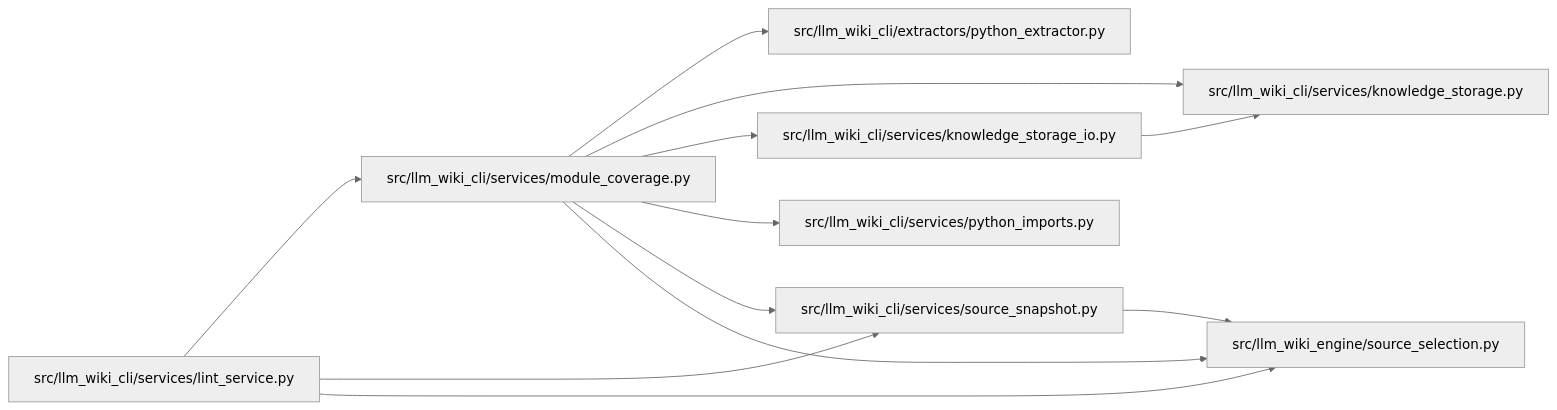
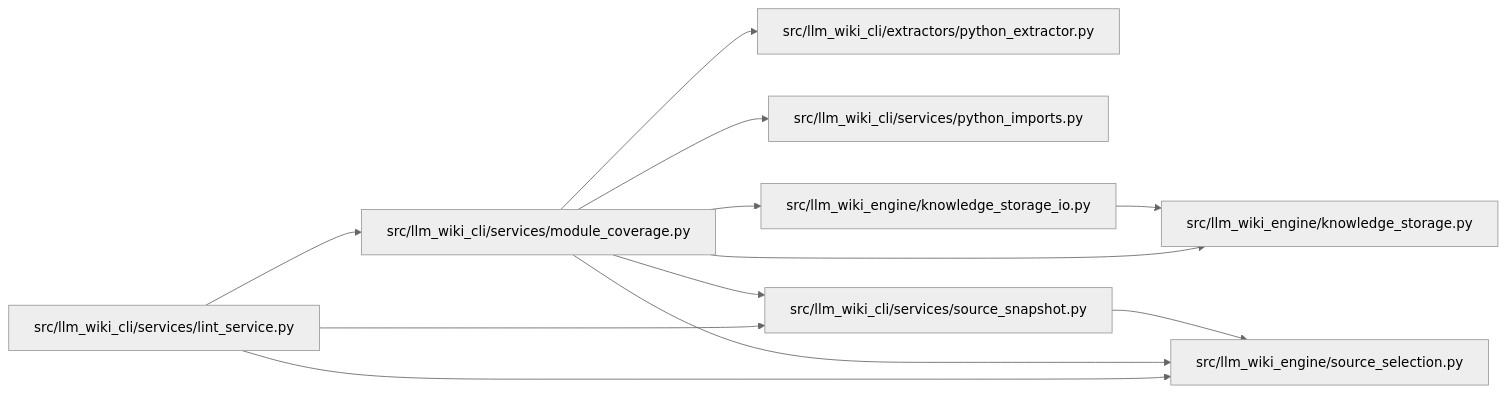
One commit to Denissvgn/python-wiki-llm changed the diagram in docs/llm_wiki/modules/module_coverage.md. Above: the diagram before and after it, drawn with Mermaid (neutral theme). The commit also changed other lines of this file and 1058 other files, not shown here.

First line of the commit message:
docs: refresh the wiki for the knowledge store move

````diff
--- a/docs/llm_wiki/modules/module_coverage.md
+++ b/docs/llm_wiki/modules/module_coverage.md
@@ -31,30 +31,30 @@
 ```mermaid
 flowchart LR
     n0["src/llm_wiki_cli/extractors/python_extractor.py"]
-    n1["src/llm_wiki_cli/services/knowledge_storage.py"]
-    n2["src/llm_wiki_cli/services/knowledge_storage_io.py"]
-    n3["src/llm_wiki_cli/services/lint_service.py"]
-    n4["src/llm_wiki_cli/services/module_coverage.py"]
-    n5["src/llm_wiki_cli/services/python_imports.py"]
-    n6["src/llm_wiki_cli/services/source_snapshot.py"]
+    n1["src/llm_wiki_cli/services/lint_service.py"]
+    n2["src/llm_wiki_cli/services/module_coverage.py"]
+    n3["src/llm_wiki_cli/services/python_imports.py"]
+    n4["src/llm_wiki_cli/services/source_snapshot.py"]
+    n5["src/llm_wiki_engine/knowledge_storage.py"]
+    n6["src/llm_wiki_engine/knowledge_storage_io.py"]
     n7["src/llm_wiki_engine/source_selection.py"]
-    n2 --> n1
-    n3 --> n4
-    n3 --> n6
-    n3 --> n7
-    n4 --> n0
-    n4 --> n1
-    n4 --> n2
-    n4 --> n5
-    n4 --> n6
+    n1 --> n2
+    n1 --> n4
+    n1 --> n7
+    n2 --> n0
+    n2 --> n3
+    n2 --> n4
+    n2 --> n5
+    n2 --> n6
+    n2 --> n7
     n4 --> n7
-    n6 --> n7
+    n6 --> n5
     click n0 "../modules/python_extractor.md"
-    click n1 "../modules/knowledge_storage.md"
-    click n2 "../modules/knowledge_storage_io.md"
-    click n3 "../modules/lint_service.md"
-    click n4 "../modules/module_coverage.md"
-    click n5 "../modules/python_imports.md"
-    click n6 "../modules/source_snapshot.md"
+    click n1 "../modules/lint_service.md"
+    click n2 "../modules/module_coverage.md"
+    click n3 "../modules/python_imports.md"
+    click n4 "../modules/source_snapshot.md"
+    click n5 "../modules/knowledge_storage.md"
+    click n6 "../modules/knowledge_storage_io.md"
     click n7 "../modules/source_selection.md"
 ```
````
